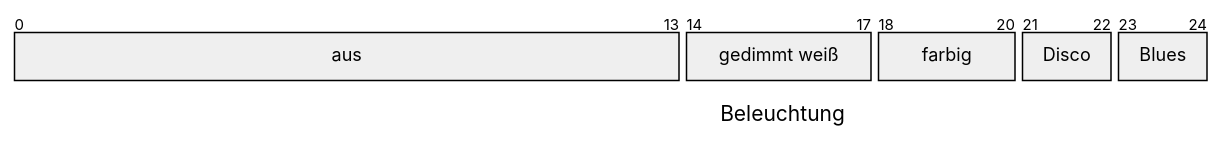
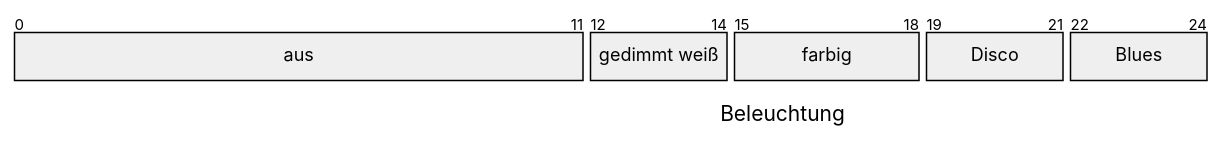
One commit to BBBys/Bahnsteuerung changed the first of 2 diagrams in 02LichtTonGrill/README.md. Above: the diagram before and after it, drawn with Mermaid. The commit also changed other lines of this file and 6 other files, not shown here.

````diff
--- a/02LichtTonGrill/README.md
+++ b/02LichtTonGrill/README.md
@@ -40,11 +44,11 @@
 ```mermaid
 ---
 title: "Beleuchtung"
 ---
 packet-beta
-  0-13: "aus"
-  14-17: "gedimmt weiß"
-  18-20: "farbig"
-  21-22: "Disco"
-  23-24: "Blues"
+  0-11: "aus"
+  12-14: "gedimmt weiß"
+  15-18: "farbig"
+  19-21: "Disco"
+  22-24: "Blues"
 ```
````
